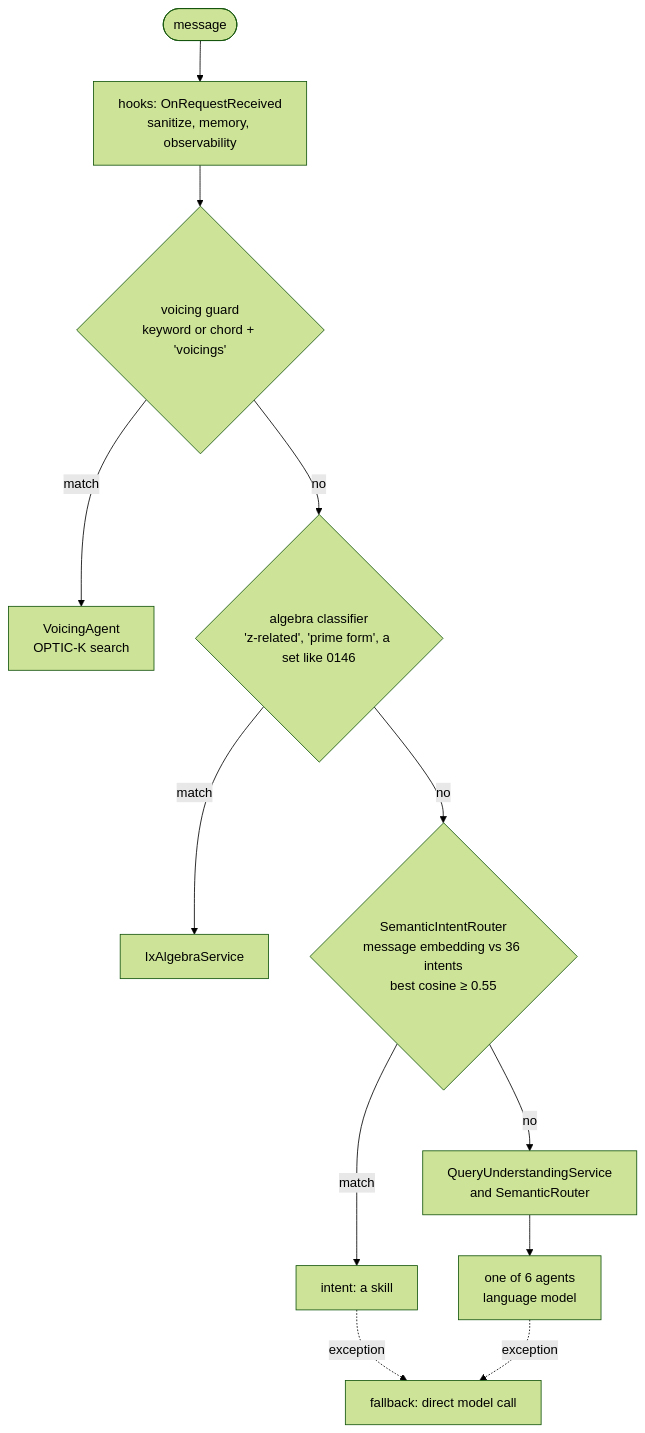
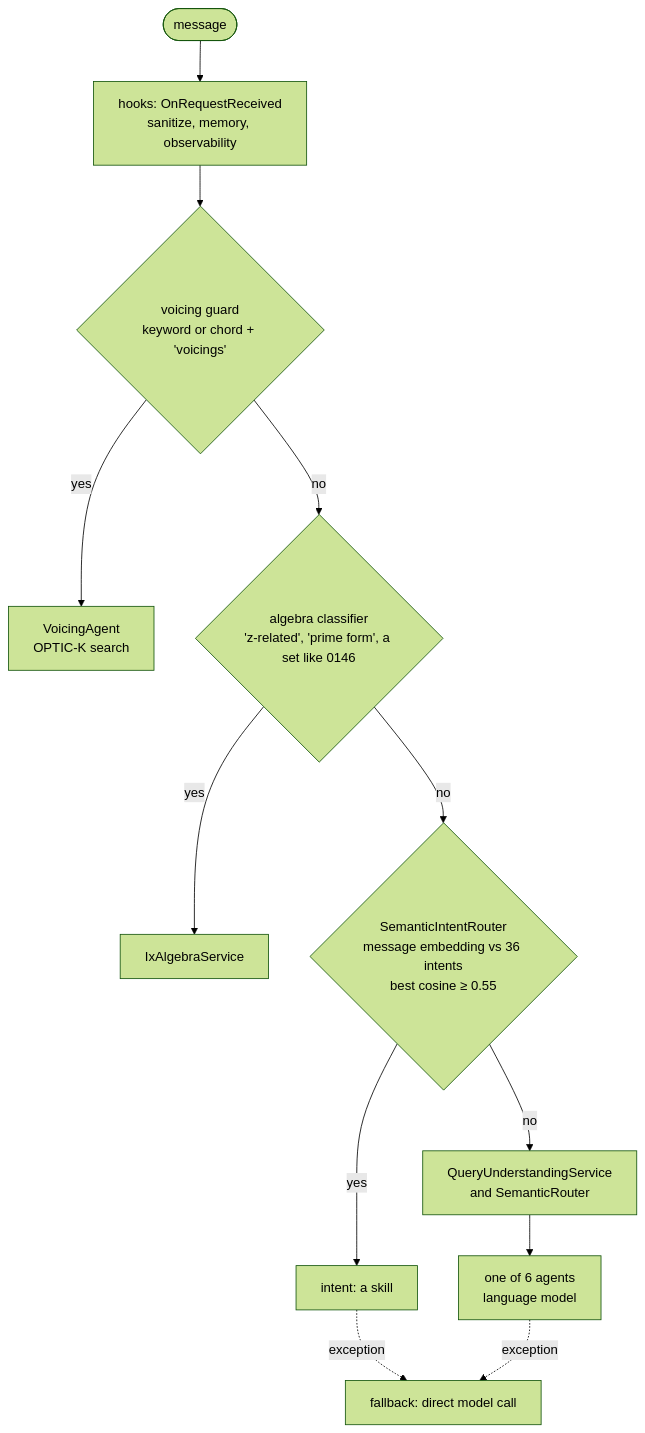
The diagram in src/content/docs/ga-ai/04-chatbot-and-agents.md (spareilleux/learn), drawn with Mermaid (forest theme) before and after one commit. The commit also changed 16 other files, not shown here.

````diff
--- a/src/content/docs/ga-ai/04-chatbot-and-agents.md
+++ b/src/content/docs/ga-ai/04-chatbot-and-agents.md
@@ -21,14 +21,14 @@
 ```mermaid
 flowchart TB
   In(["message"]) --> H["hooks: OnRequestReceived<br/>sanitize, memory, observability"]
   H --> V{"voicing guard<br/>keyword or chord + 'voicings'"}
-  V -- match --> VA["VoicingAgent<br/>OPTIC-K search"]
-  V -- no --> A{"algebra classifier<br/>'z-related', 'prime form', a set like 0146"}
-  A -- match --> AL["IxAlgebraService"]
-  A -- no --> I{"SemanticIntentRouter<br/>message embedding vs 36 intents<br/>best cosine ≥ 0.55"}
-  I -- match --> SK["intent: a skill"]
-  I -- no --> R["QueryUnderstandingService<br/>and SemanticRouter"]
+  V -->|yes| VA["VoicingAgent<br/>OPTIC-K search"]
+  V -->|no| A{"algebra classifier<br/>'z-related', 'prime form', a set like 0146"}
+  A -->|yes| AL["IxAlgebraService"]
+  A -->|no| I{"SemanticIntentRouter<br/>message embedding vs 36 intents<br/>best cosine ≥ 0.55"}
+  I -->|yes| SK["intent: a skill"]
+  I -->|no| R["QueryUnderstandingService<br/>and SemanticRouter"]
   R --> AG["one of 6 agents<br/>language model"]
   SK -. "exception" .-> F
   AG -. "exception" .-> F["fallback: direct model call"]
 ```
````
